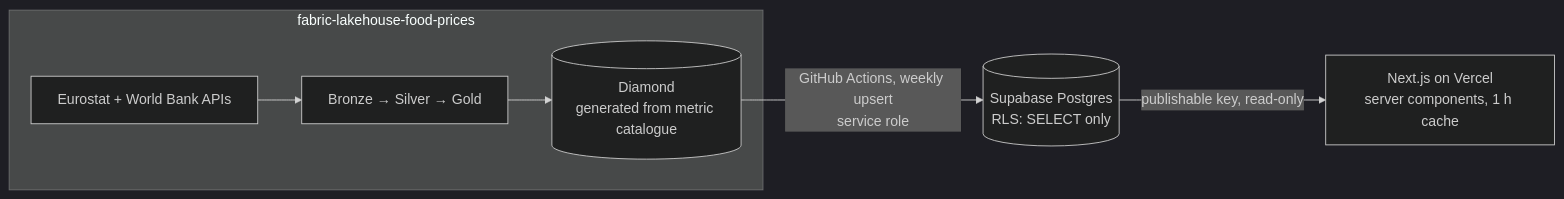
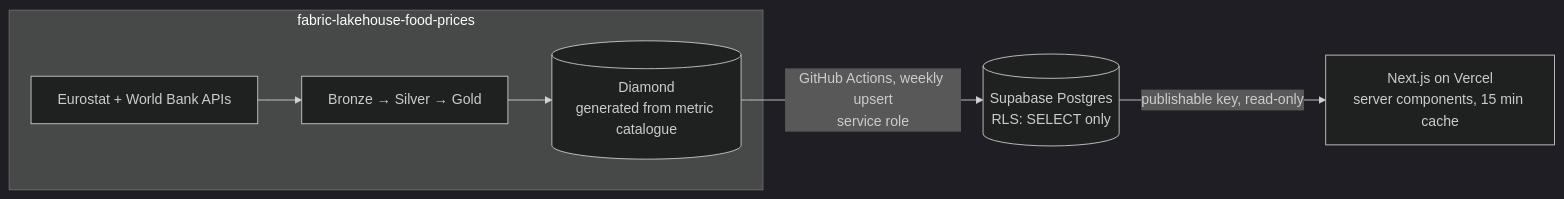
The diagram in README.md (alejandrocaldentey/food-price-transmission-dashboard), drawn with Mermaid (dark theme) before and after one commit. The commit also changed other lines of this file and 1 other file, not shown here.

Commit message:
Revalidate data every 15 minutes

````diff
--- a/README.md
+++ b/README.md
@@ -9,9 +9,9 @@
 ```mermaid
 flowchart LR
     subgraph Lakehouse["fabric-lakehouse-food-prices"]
         API[Eurostat + World Bank APIs] --> P[Bronze → Silver → Gold]
         P --> D[(Diamond<br/>generated from metric catalogue)]
     end
     D -- GitHub Actions, weekly upsert<br/>service role --> S[(Supabase Postgres<br/>RLS: SELECT only)]
-    S -- publishable key, read-only --> V[Next.js on Vercel<br/>server components, 1 h cache]
+    S -- publishable key, read-only --> V[Next.js on Vercel<br/>server components, 15 min cache]
 ```
````
